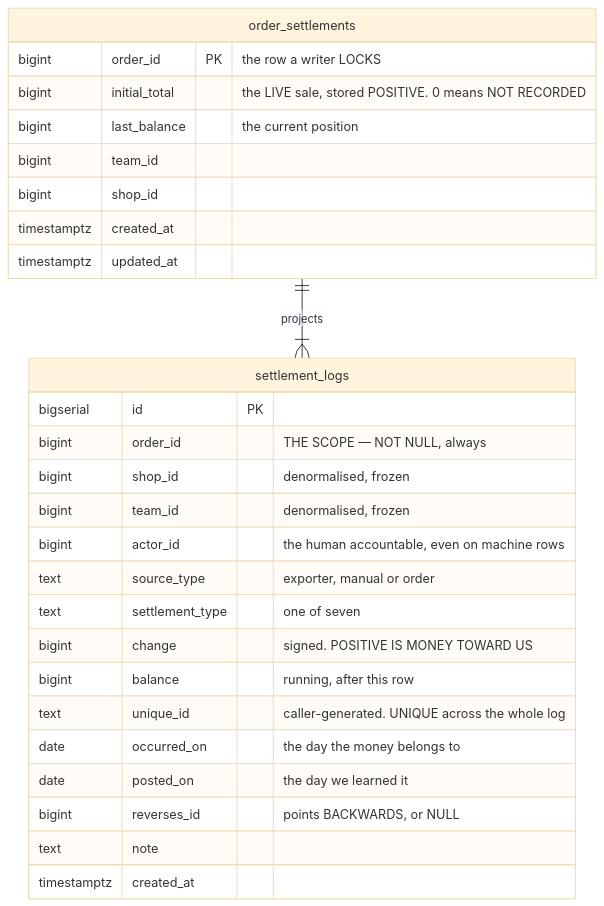
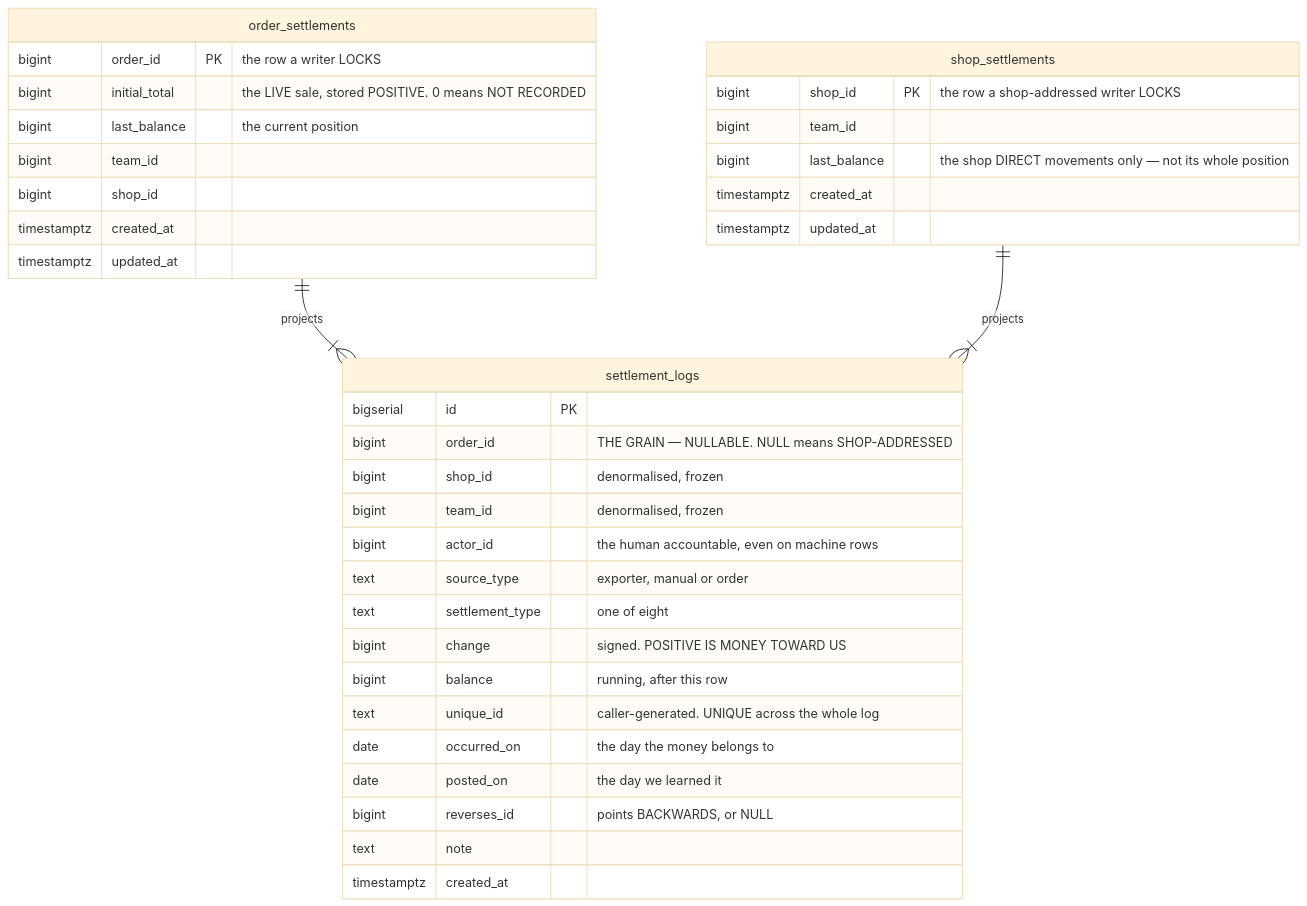
Before and after one commit to pdcgo/warehouse_revamp: diagram 13 of 13 in docs/database-schema.md, drawn with Mermaid (base theme). The commit also changed other lines of this file and 23 other files, not shown here.

````diff
--- a/docs/database-schema.md
+++ b/docs/database-schema.md
@@ -1302,32 +1302,41 @@
 ```mermaid
 erDiagram
   settlement_logs {
     bigserial id PK
-    bigint order_id "THE SCOPE — NOT NULL, always"
+    bigint order_id "THE GRAIN — NULLABLE. NULL means SHOP-ADDRESSED"
     bigint shop_id "denormalised, frozen"
     bigint team_id "denormalised, frozen"
     bigint actor_id "the human accountable, even on machine rows"
     text source_type "exporter, manual or order"
-    text settlement_type "one of seven"
+    text settlement_type "one of eight"
     bigint change "signed. POSITIVE IS MONEY TOWARD US"
     bigint balance "running, after this row"
     text unique_id "caller-generated. UNIQUE across the whole log"
     date occurred_on "the day the money belongs to"
     date posted_on "the day we learned it"
     bigint reverses_id "points BACKWARDS, or NULL"
     text note
     timestamptz created_at
   }
 
   order_settlements {
     bigint order_id PK "the row a writer LOCKS"
     bigint initial_total "the LIVE sale, stored POSITIVE. 0 means NOT RECORDED"
     bigint last_balance "the current position"
     bigint team_id
     bigint shop_id
     timestamptz created_at
     timestamptz updated_at
   }
 
+  shop_settlements {
+    bigint shop_id PK "the row a shop-addressed writer LOCKS"
+    bigint team_id
+    bigint last_balance "the shop DIRECT movements only — not its whole position"
+    timestamptz created_at
+    timestamptz updated_at
+  }
+
   order_settlements ||--|{ settlement_logs : projects
+  shop_settlements ||--|{ settlement_logs : projects
 ```
````
